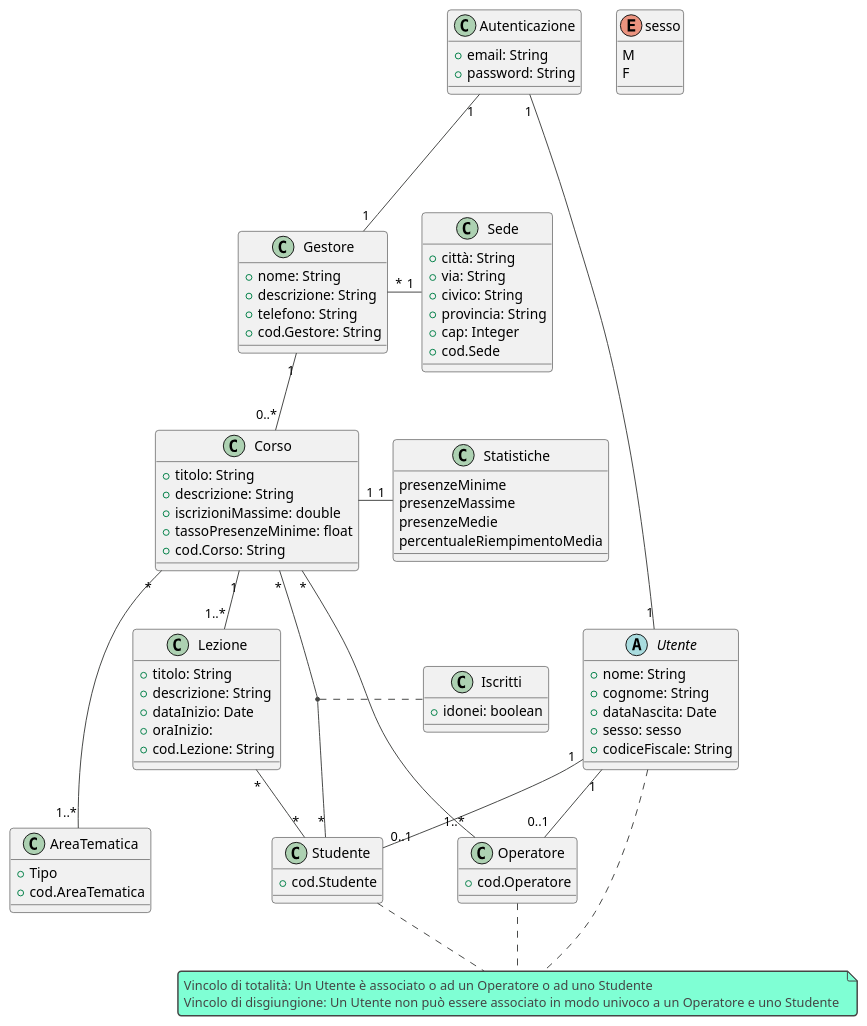
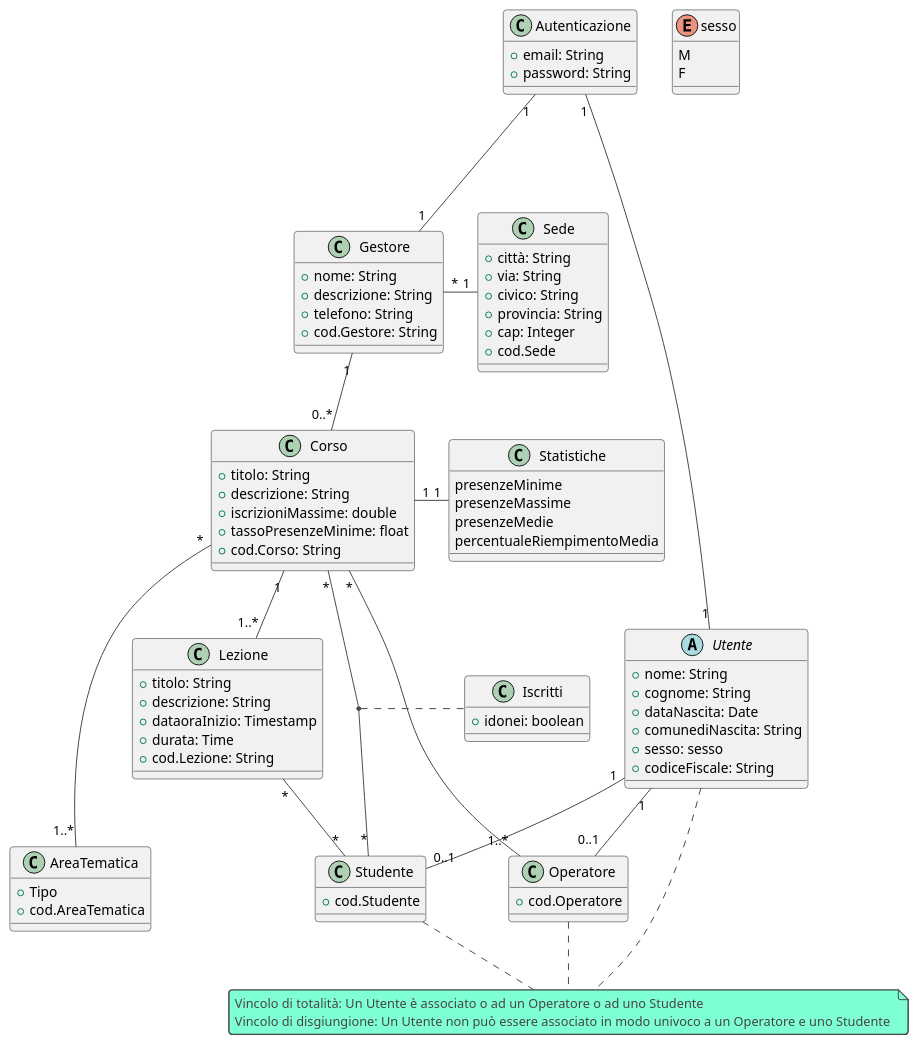
The diagram in UML Ristrutturato.puml (agostino-code/OO-BDI-Project), drawn with PlantUML before and after one commit. The commit also changed 280 other files, not shown here.

```diff
--- a/UML Ristrutturato.puml
+++ b/UML Ristrutturato.puml
@@ -1,83 +1,84 @@
 @startuml
 'https://plantuml.com/class-diagram
 !theme vibrant
 class Autenticazione {
   +email: String
   +password: String
 }
 Autenticazione "1" -- "1" Utente
 Autenticazione "1" --- "1" Gestore
 abstract class Utente{
   +nome: String
   +cognome: String
   +dataNascita: Date
+  +comunediNascita: String
   +sesso: sesso
   +codiceFiscale: String
 }
 note "Vincolo di totalità: Un Utente è associato o ad un Operatore o ad uno Studente\nVincolo di disgiungione: Un Utente non può essere associato in modo univoco a un Operatore e uno Studente " as N1
 Utente ... N1
 Operatore .. N1
 Studente .. N1
 class Sede {
   +città: String
   +via: String
   +civico: String
   +provincia: String
   +cap: Integer
   +cod.Sede
 }
 class Gestore {
   +nome: String
   +descrizione: String
   +telefono: String
   +cod.Gestore: String
 }
 Gestore "*" - "1" Sede
 class Operatore{
   +cod.Operatore
 }
 class Studente{
   +cod.Studente
 }
 enum sesso{
 M
 F
 }
 Utente "1" -- "0..1" Operatore
 Utente "1" -- "0..1" Studente
 Gestore "1" -- "0..*" Corso
 Corso "*" -- "*" Studente
 Corso "*" - "1..*" Operatore
 class Corso{
   +titolo: String
   +descrizione: String
   +iscrizioniMassime: double
   +tassoPresenzeMinime: float
   +cod.Corso: String
 }
 class AreaTematica{
   +Tipo
   +cod.AreaTematica
 }
 Corso "*" --- "1..*" AreaTematica
 class Lezione{
   +titolo: String
   +descrizione: String
-  +dataInizio: Date
-  +oraInizio:
+  +dataoraInizio: Timestamp
+  +durata: Time
   +cod.Lezione: String
 }
 Corso "1" -- "1..*" Lezione
 (Corso, Studente) .. Iscritti
 Lezione "*" -- "*" Studente
 class Iscritti{
 +idonei: boolean
 }
 class Statistiche{
   presenzeMinime
   presenzeMassime
   presenzeMedie
   percentualeRiempimentoMedia
 }
 Corso "1" - "1" Statistiche
 @enduml
```
